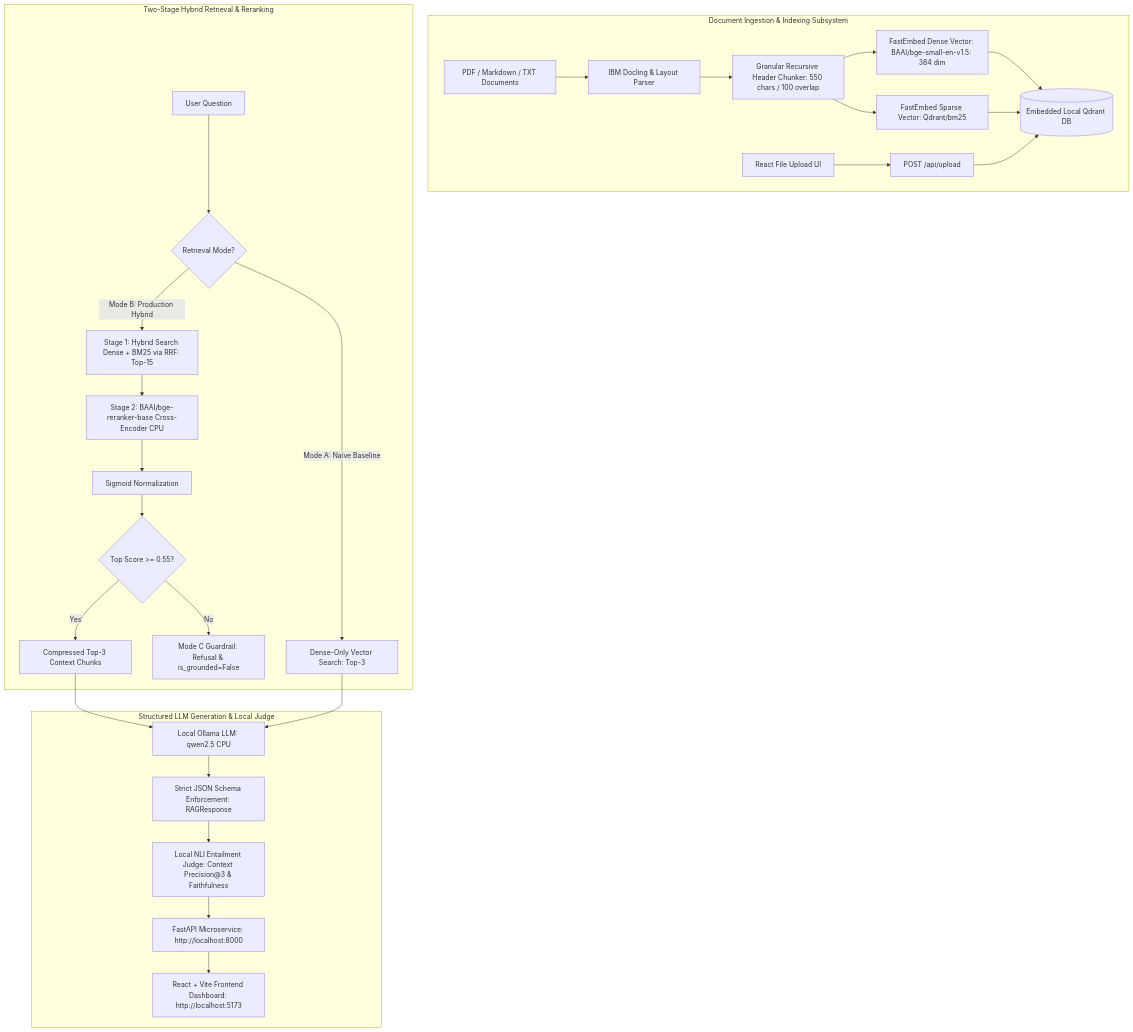
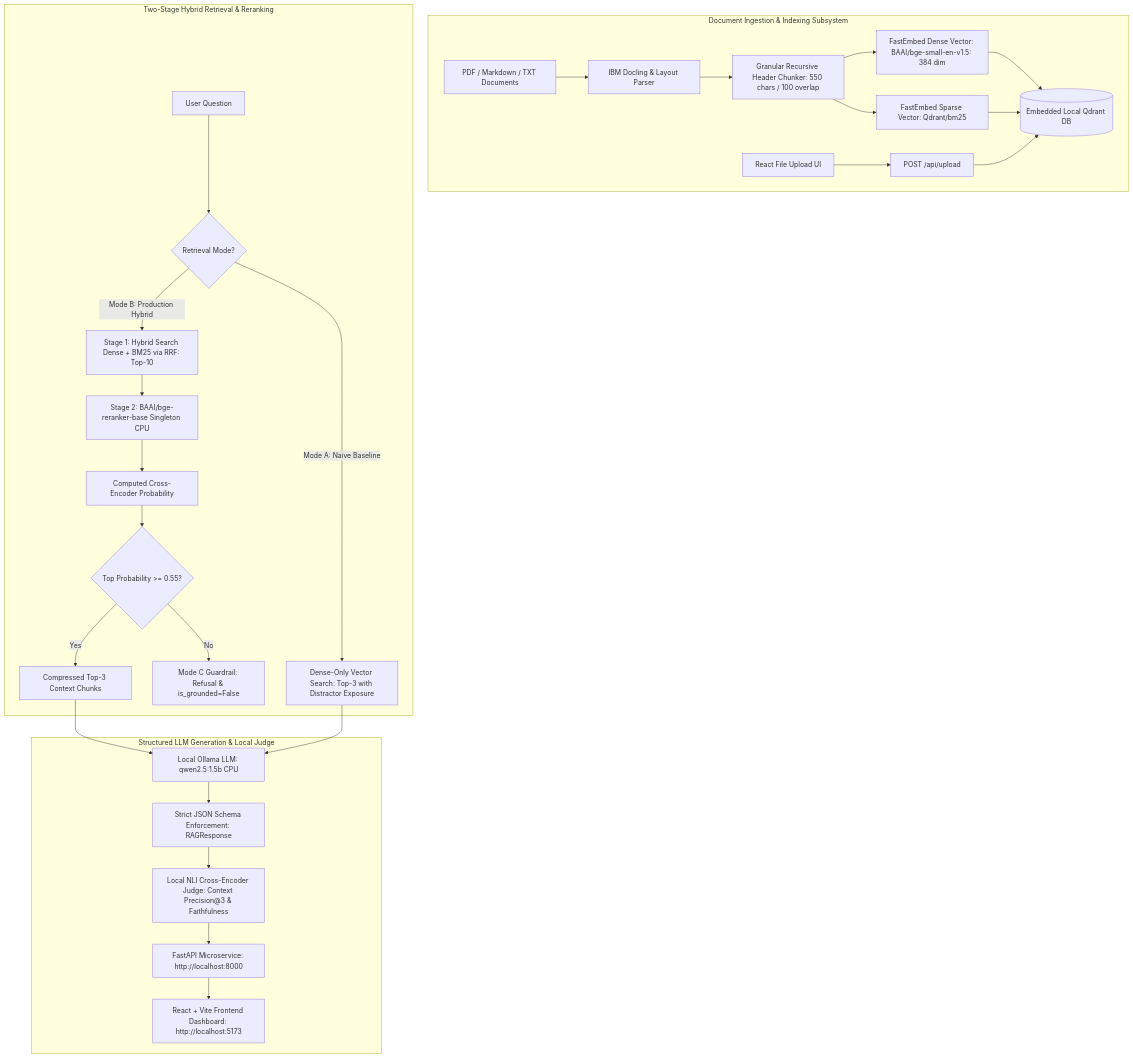
One commit to LaXfr/Argus-AI changed the diagram in README.md. Above: the diagram before and after it, drawn with Mermaid. The commit also changed other lines of this file and 15 other files, not shown here.

````diff
--- a/README.md
+++ b/README.md
@@ -9,32 +9,32 @@
 ```mermaid
 flowchart TD
     subgraph INGESTION ["Document Ingestion & Indexing Subsystem"]
         Doc[PDF / Markdown / TXT Documents] --> Docling[IBM Docling & Layout Parser]
         Docling --> Chunk[Granular Recursive Header Chunker: 550 chars / 100 overlap]
         Chunk --> Dense[FastEmbed Dense Vector: BAAI/bge-small-en-v1.5: 384 dim]
         Chunk --> Sparse[FastEmbed Sparse Vector: Qdrant/bm25]
         Dense --> Qdrant[(Embedded Local Qdrant DB)]
         Sparse --> Qdrant
         Upload[React File Upload UI] --> API_Upload[POST /api/upload] --> Qdrant
     end
 
     subgraph RETRIEVAL ["Two-Stage Hybrid Retrieval & Reranking"]
         Query[User Question] --> ModeChoice{Retrieval Mode?}
-        ModeChoice -- Mode A: Naive Baseline --> DenseOnly[Dense-Only Vector Search: Top-3]
-        ModeChoice -- Mode B: Production Hybrid --> HybridRRF[Stage 1: Hybrid Search Dense + BM25 via RRF: Top-15]
-        HybridRRF --> CrossEnc[Stage 2: BAAI/bge-reranker-base Cross-Encoder CPU]
-        CrossEnc --> Sigmoid[Sigmoid Normalization]
-        Sigmoid --> Guardrail{Top Score >= 0.55?}
+        ModeChoice -- Mode A: Naive Baseline --> DenseOnly[Dense-Only Vector Search: Top-3 with Distractor Exposure]
+        ModeChoice -- Mode B: Production Hybrid --> HybridRRF[Stage 1: Hybrid Search Dense + BM25 via RRF: Top-10]
+        HybridRRF --> CrossEnc[Stage 2: BAAI/bge-reranker-base Singleton CPU]
+        CrossEnc --> Prob[Computed Cross-Encoder Probability]
+        Prob --> Guardrail{Top Probability >= 0.55?}
         Guardrail -- No --> Abstain[Mode C Guardrail: Refusal & is_grounded=False]
         Guardrail -- Yes --> Top3[Compressed Top-3 Context Chunks]
     end
 
     subgraph GENERATION ["Structured LLM Generation & Local Judge"]
-        Top3 --> Ollama[Local Ollama LLM: qwen2.5 CPU]
+        Top3 --> Ollama[Local Ollama LLM: qwen2.5:1.5b CPU]
         DenseOnly --> Ollama
         Ollama --> Pydantic[Strict JSON Schema Enforcement: RAGResponse]
-        Pydantic --> Judge[Local NLI Entailment Judge: Context Precision@3 & Faithfulness]
+        Pydantic --> Judge[Local NLI Cross-Encoder Judge: Context Precision@3 & Faithfulness]
         Judge --> API[FastAPI Microservice: http://localhost:8000]
         API --> UI[React + Vite Frontend Dashboard: http://localhost:5173]
     end
 ```
````
